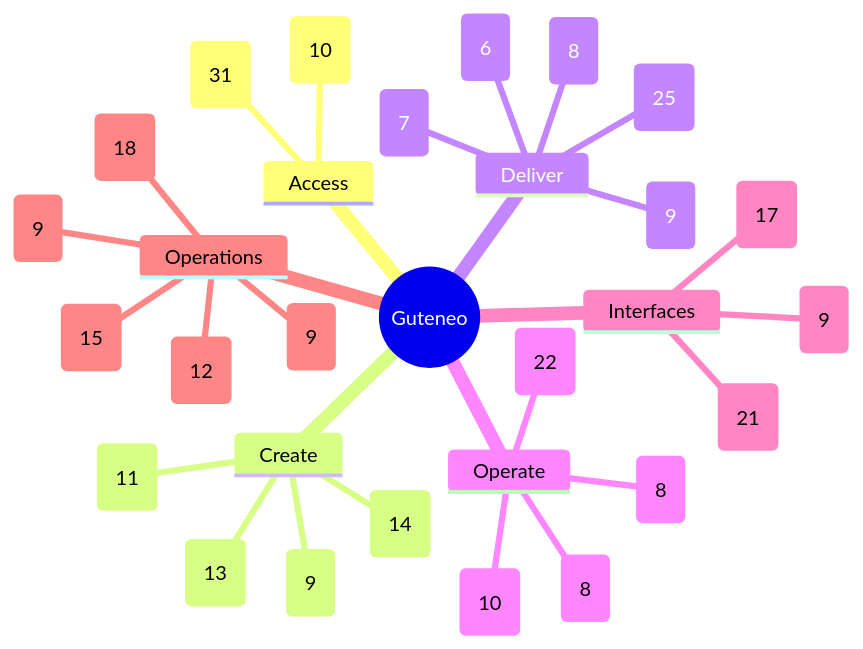
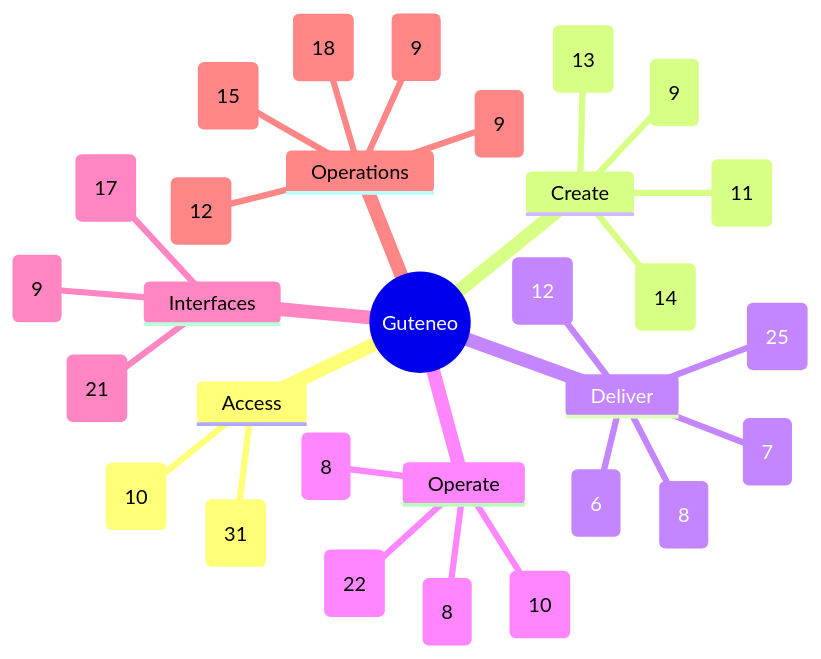
Before and after one commit to nclsppr/guteneo: the diagram in docs/FEATURE_MAP.md, drawn with Mermaid. The commit also changed other lines of this file and 40 other files, not shown here.

````diff
--- a/docs/FEATURE_MAP.md
+++ b/docs/FEATURE_MAP.md
@@ -13,33 +13,33 @@
 ```mermaid
 mindmap
   root((Guteneo))
     Access
       Access and identity (31)
       Team and responsibilities (10)
     Create
       Documents and protection (13)
       Template studio (14)
       Data and mappings (9)
       PDF generation and distribution (11)
     Deliver
       Fax (6)
       Postal mail (8)
-      Email and protected links (9)
+      Email and protected links (12)
       Sensitive distribution and personal documents (25)
       Dispatch dry run (7)
     Operate
       Campaigns and tracking (8)
       Credits and billing (8)
       Workspace layout and browser appearance (22)
       PDF verification (10)
     Interfaces
       Assistants and API (21)
       iPhone and iPad (9)
       Public pages, languages and appearance (17)
     Operations
       Reviewer OAuth qualification (9)
       Operations and reliability (18)
       Belvédère platform oversight (9)
       Public service status (15)
       Engineering documentation (12)
 ```
````
